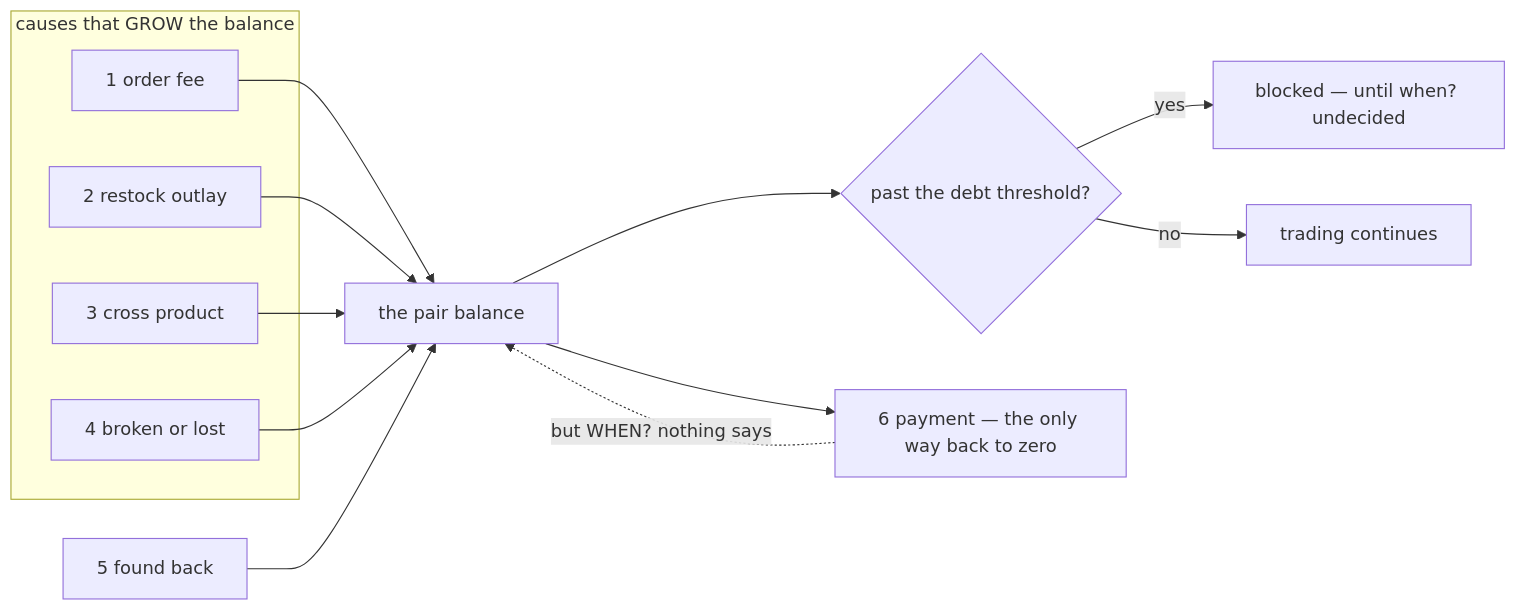
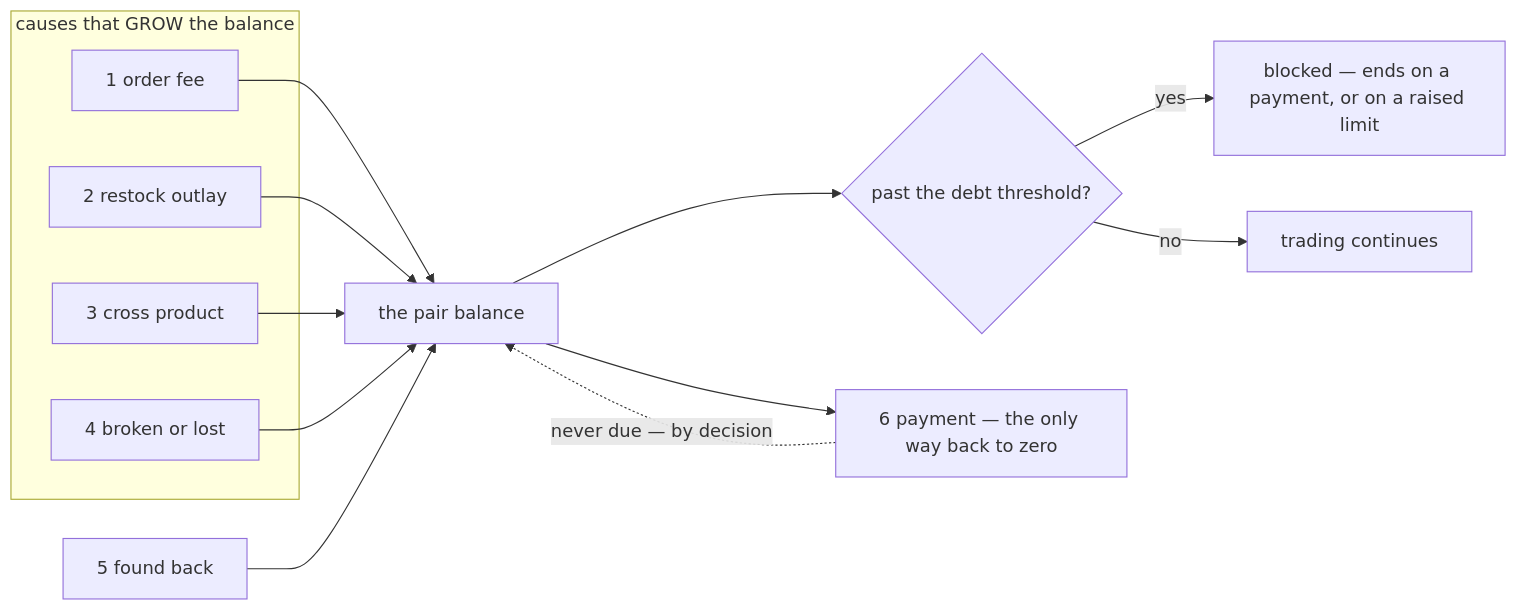
One commit to pdcgo/warehouse_revamp changed the first of 5 diagrams in docs/business/balance/context_clarify.md. Above: the diagram before and after it, drawn with Mermaid. The commit also changed other lines of this file and 221 other files, not shown here.

````diff
--- a/docs/business/balance/context_clarify.md
+++ b/docs/business/balance/context_clarify.md
@@ -76,19 +255,19 @@
 ```mermaid
 flowchart LR
   subgraph "causes that GROW the balance"
     C1["1 order fee"]
     C2["2 restock outlay"]
     C3["3 cross product"]
     C4["4 broken or lost"]
   end
   C1 --> B["the pair balance"]
   C2 --> B
   C3 --> B
   C4 --> B
   C5["5 found back"] --> B
   B --> T{"past the debt threshold?"}
-  T -->|"yes"| S["blocked — until when? undecided"]
+  T -->|"yes"| S["blocked — ends on a payment, or on a raised limit"]
   T -->|"no"| G["trading continues"]
   B --> P["6 payment — the only way back to zero"]
-  P -.->|"but WHEN? nothing says"| B
+  P -.->|"never due — by decision"| B
 ```
````
